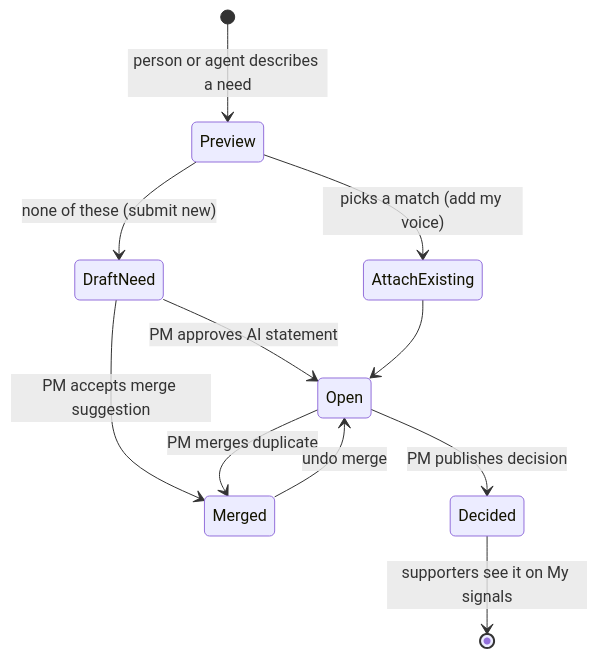
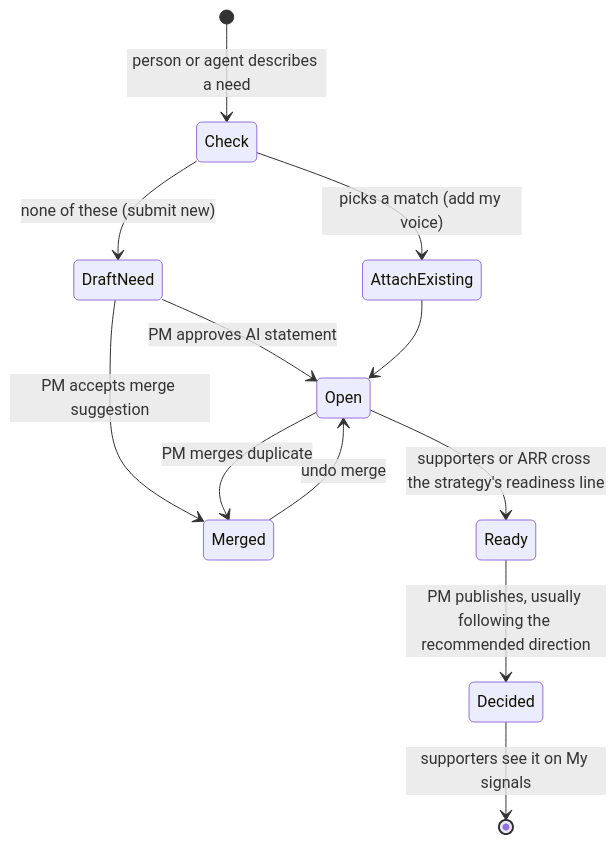
The second of 9 diagrams in docs/harness/product-workflows.md (gaboesquivel/flow-signal), drawn with Mermaid before and after one commit. The commit also changed other lines of this file and 7 other files, not shown here.

First line of the commit message:
docs(harness): refresh diagrams for specs 006, 007, and 010 (#12)

````diff
--- a/docs/harness/product-workflows.md
+++ b/docs/harness/product-workflows.md
@@ -18,13 +20,14 @@
 ```mermaid
 stateDiagram-v2
-  [*] --> Preview: person or agent describes a need
-  Preview --> AttachExisting: picks a match (add my voice)
-  Preview --> DraftNeed: none of these (submit new)
+  [*] --> Check: person or agent describes a need
+  Check --> AttachExisting: picks a match (add my voice)
+  Check --> DraftNeed: none of these (submit new)
   DraftNeed --> Open: PM approves AI statement
   DraftNeed --> Merged: PM accepts merge suggestion
   Open --> Merged: PM merges duplicate
   Merged --> Open: undo merge
   AttachExisting --> Open
-  Open --> Decided: PM publishes decision
+  Open --> Ready: supporters or ARR cross the strategy's readiness line
+  Ready --> Decided: PM publishes, usually following the recommended direction
   Decided --> [*]: supporters see it on My signals
 ```
````
